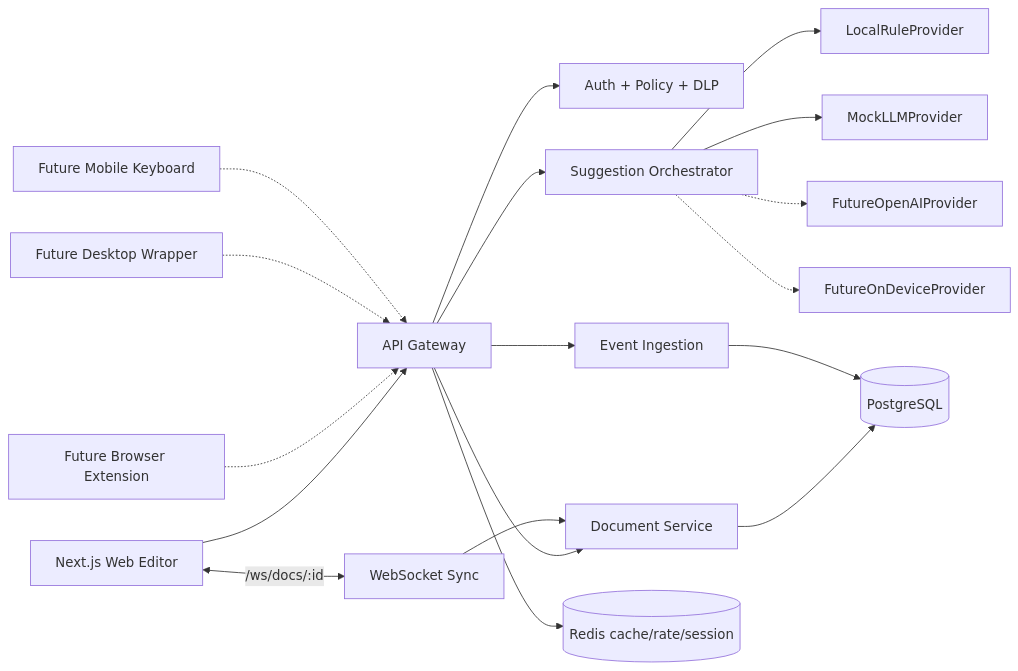
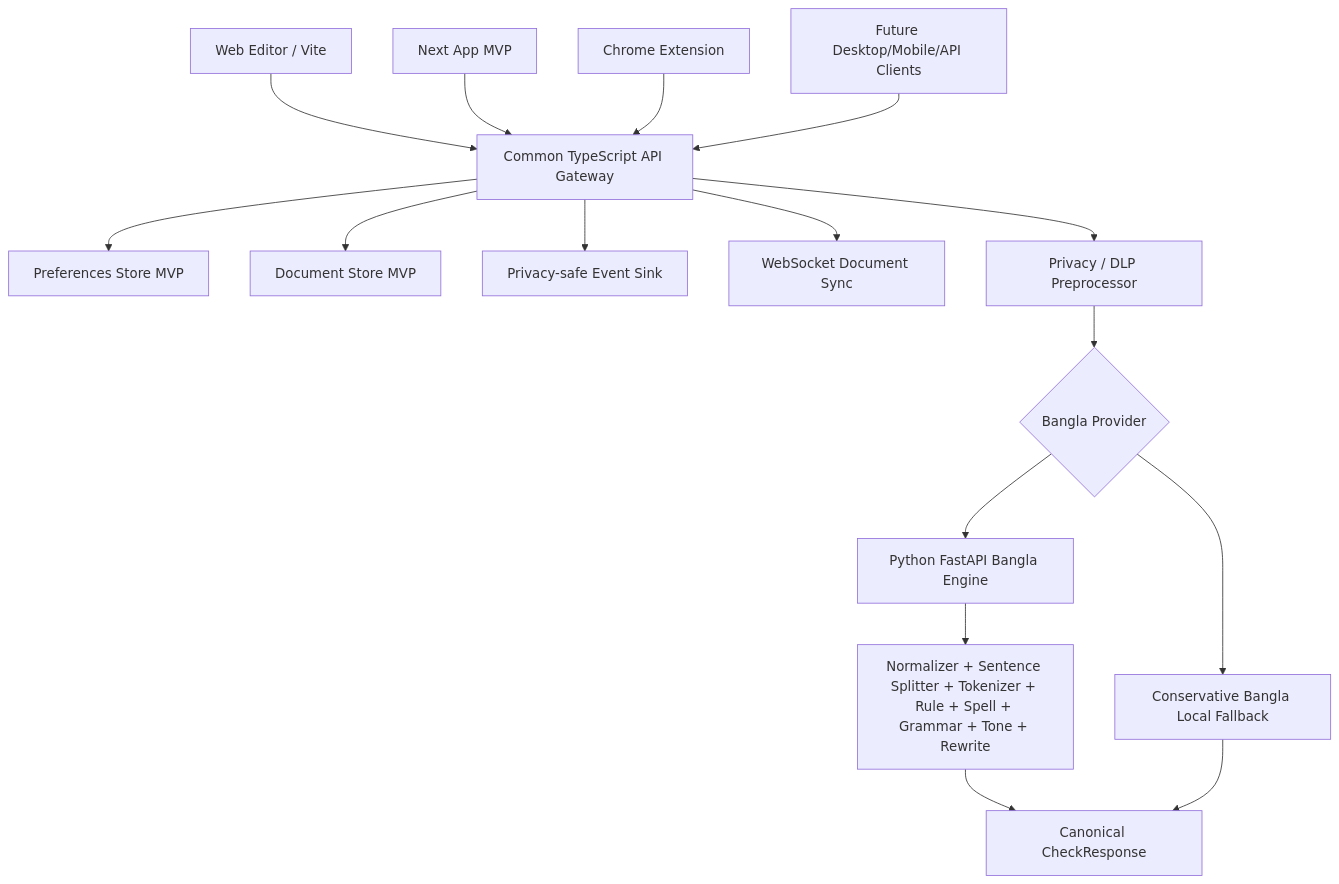
One commit to rumman52/Shuddho changed the first of 5 diagrams in docs/ARCHITECTURE.md. Above: the diagram before and after it, drawn with Mermaid. The commit also changed other lines of this file and 42 other files, not shown here.

Commit message:
Integrate Bangla gateway architecture

````diff
--- a/docs/ARCHITECTURE.md
+++ b/docs/ARCHITECTURE.md
@@ -7,20 +7,18 @@
 ```mermaid
-flowchart LR
-  Web[Next.js Web Editor] --> Gateway[API Gateway]
-  Extension[Future Browser Extension] -.-> Gateway
-  Desktop[Future Desktop Wrapper] -.-> Gateway
-  Mobile[Future Mobile Keyboard] -.-> Gateway
-  Gateway --> Auth[Auth + Policy + DLP]
-  Gateway --> Orchestrator[Suggestion Orchestrator]
-  Orchestrator --> Rules[LocalRuleProvider]
-  Orchestrator --> Mock[MockLLMProvider]
-  Orchestrator -.-> OpenAI[FutureOpenAIProvider]
-  Orchestrator -.-> Device[FutureOnDeviceProvider]
-  Gateway --> Events[Event Ingestion]
-  Gateway --> Docs[Document Service]
-  Docs --> Postgres[(PostgreSQL)]
-  Events --> Postgres
-  Gateway --> Redis[(Redis cache/rate/session)]
-  Web <-->|/ws/docs/:id| Sync[WebSocket Sync]
-  Sync --> Docs
+flowchart TD
+  WebEditor[Web Editor / Vite] --> Gateway[Common TypeScript API Gateway]
+  Next[Next App MVP] --> Gateway
+  Extension[Chrome Extension] --> Gateway
+  Future[Future Desktop/Mobile/API Clients] --> Gateway
+  Gateway --> Prefs[Preferences Store MVP]
+  Gateway --> Docs[Document Store MVP]
+  Gateway --> Events[Privacy-safe Event Sink]
+  Gateway --> Sync[WebSocket Document Sync]
+  Gateway --> Privacy[Privacy / DLP Preprocessor]
+  Privacy --> Provider{Bangla Provider}
+  Provider --> Python[Python FastAPI Bangla Engine]
+  Provider --> Fallback[Conservative Bangla Local Fallback]
+  Python --> Pipeline[Normalizer + Sentence Splitter + Tokenizer + Rule + Spell + Grammar + Tone + Rewrite]
+  Pipeline --> Canonical[Canonical CheckResponse]
+  Fallback --> Canonical
 ```
````
